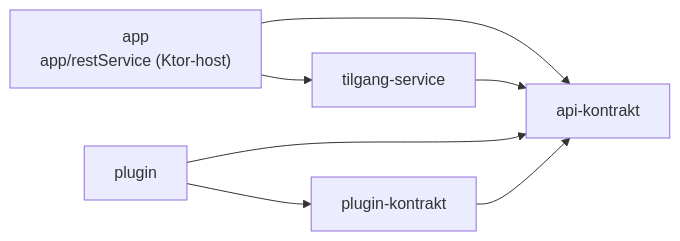
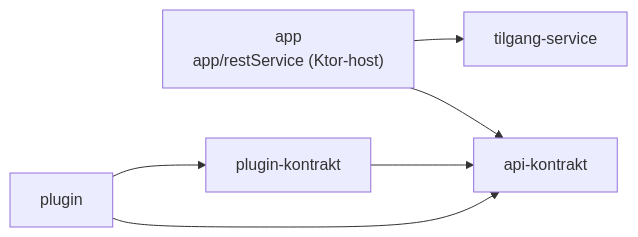
Before and after one commit to navikt/aap-tilgang: the third of 3 diagrams in README.md, drawn with Mermaid. The commit also changed other lines of this file and 1 other file, not shown here.

Commit message:
docs(tilgang): update dependency diagrams and completion record

````diff
--- a/README.md
+++ b/README.md
@@ -111,15 +115,14 @@
 ```mermaid
 flowchart LR
     app["app<br/>app/restService (Ktor-host)"]
     service["tilgang-service"]
     api["api-kontrakt"]
     plugin["plugin"]
     pluginContract["plugin-kontrakt"]
 
     app --> service
     app --> api
-    service --> api
     plugin --> pluginContract
     plugin --> api
     pluginContract --> api
 ```
````
